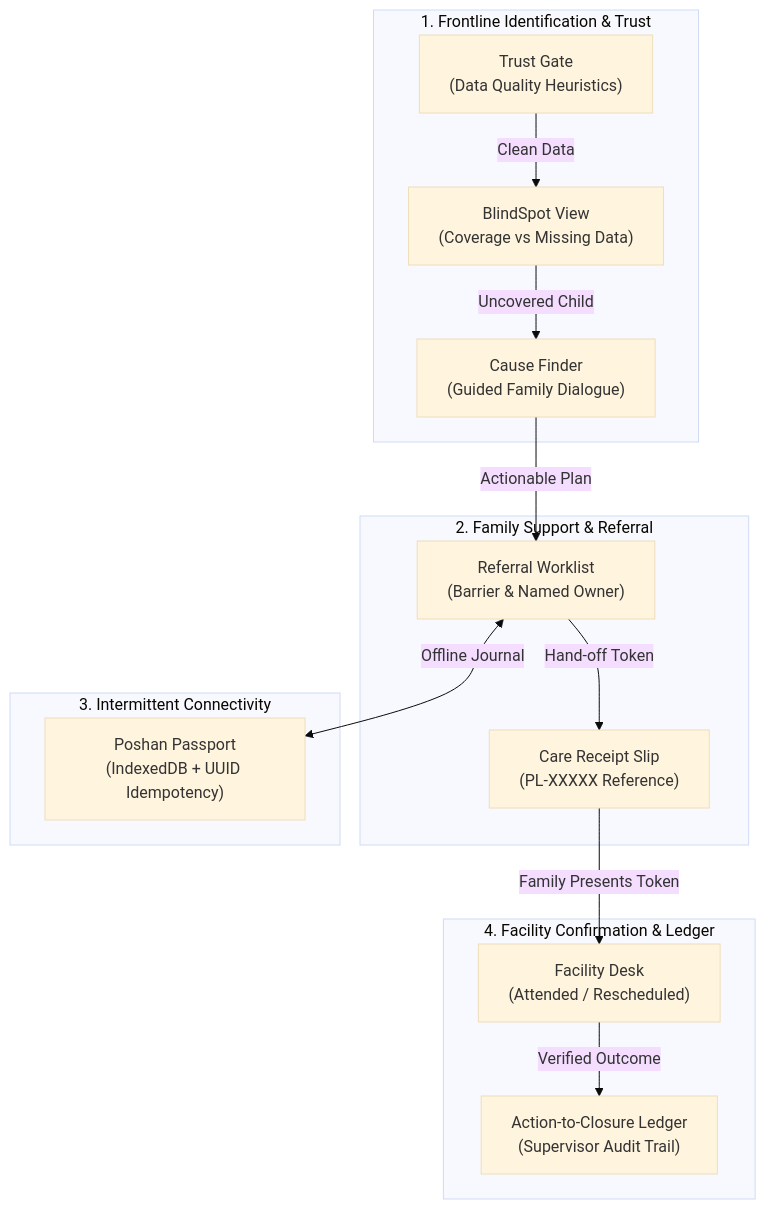
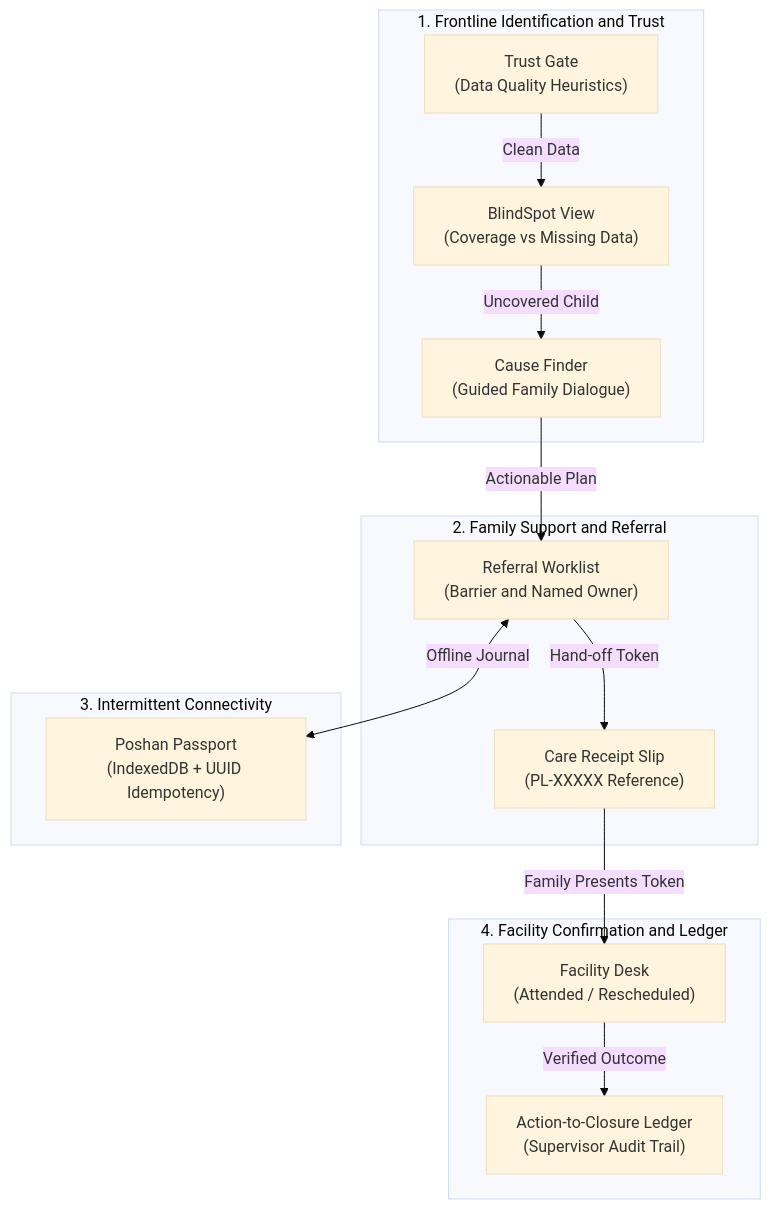
One commit to Prachi-44/techfest-poshanloop changed the diagram in README.md. Above: the diagram before and after it, drawn with Mermaid (base theme). The commit also changed 1 other file, not shown here.

Commit message:
Fix Mermaid flowchart syntax in README

````diff
--- a/README.md
+++ b/README.md
@@ -48,21 +48,21 @@
 ```mermaid
 flowchart TD
-    subgraph Frontline["1. Frontline Identification & Trust"]
-        A["Trust Gate\n(Data Quality Heuristics)"] -->|Clean Data| B["BlindSpot View\n(Coverage vs Missing Data)"]
-        B -->|Uncovered Child| C["Cause Finder\n(Guided Family Dialogue)"]
+    subgraph Frontline["1. Frontline Identification and Trust"]
+        A["Trust Gate<br/>(Data Quality Heuristics)"] -->|Clean Data| B["BlindSpot View<br/>(Coverage vs Missing Data)"]
+        B -->|Uncovered Child| C["Cause Finder<br/>(Guided Family Dialogue)"]
     end
 
-    subgraph Coordination["2. Family Support & Referral"]
-        C -->|Actionable Plan| D["Referral Worklist\n(Barrier & Named Owner)"]
-        D -->|Hand-off Token| E["Care Receipt Slip\n(PL-XXXXX Reference)"]
+    subgraph Coordination["2. Family Support and Referral"]
+        C -->|Actionable Plan| D["Referral Worklist<br/>(Barrier and Named Owner)"]
+        D -->|Hand-off Token| E["Care Receipt Slip<br/>(PL-XXXXX Reference)"]
     end
 
     subgraph ResilientSync["3. Intermittent Connectivity"]
-        D <-->|Offline Journal| F["Poshan Passport\n(IndexedDB + UUID Idempotency)"]
+        D <-->|Offline Journal| F["Poshan Passport<br/>(IndexedDB + UUID Idempotency)"]
     end
 
-    subgraph ReceivingClosure["4. Facility Confirmation & Ledger"]
-        E -->|Family Presents Token| G["Facility Desk\n(Attended / Rescheduled)"]
-        G -->|Verified Outcome| H["Action-to-Closure Ledger\n(Supervisor Audit Trail)"]
+    subgraph ReceivingClosure["4. Facility Confirmation and Ledger"]
+        E -->|Family Presents Token| G["Facility Desk<br/>(Attended / Rescheduled)"]
+        G -->|Verified Outcome| H["Action-to-Closure Ledger<br/>(Supervisor Audit Trail)"]
     end
 ```
````
